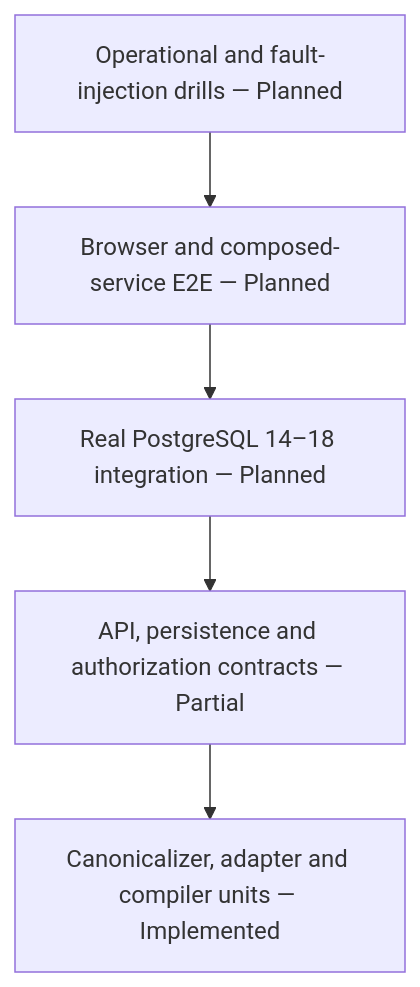
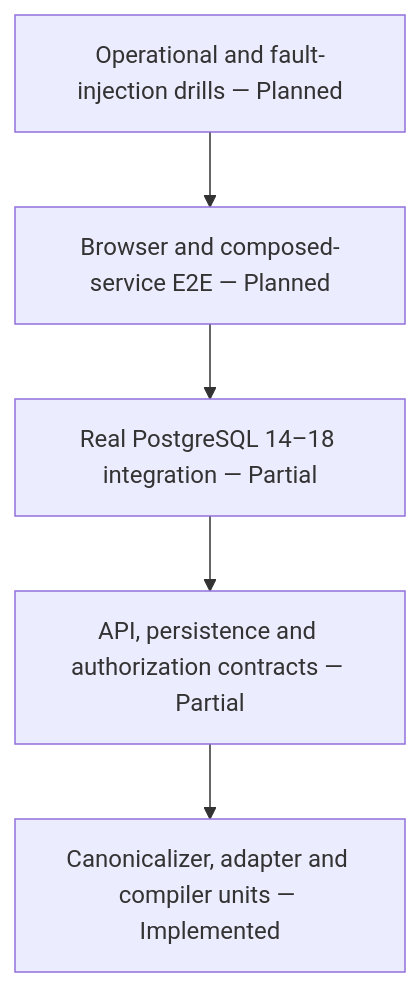
The diagram in docs/TEST_STRATEGY.md (ContextualWisdomLab/pg-erd-cloud), drawn with Mermaid before and after one commit. The commit also changed 10 other files, not shown here.

````diff
--- a/docs/TEST_STRATEGY.md
+++ b/docs/TEST_STRATEGY.md
@@ -40,9 +40,9 @@
 ```mermaid
 flowchart TB
   Operational["Operational and fault-injection drills — Planned"]
   E2E["Browser and composed-service E2E — Planned"]
-  Integration["Real PostgreSQL 14–18 integration — Planned"]
+  Integration["Real PostgreSQL 14–18 integration — Partial"]
   Contract["API, persistence and authorization contracts — Partial"]
   Unit["Canonicalizer, adapter and compiler units — Implemented"]
   Operational --> E2E --> Integration --> Contract --> Unit
 ```
````
